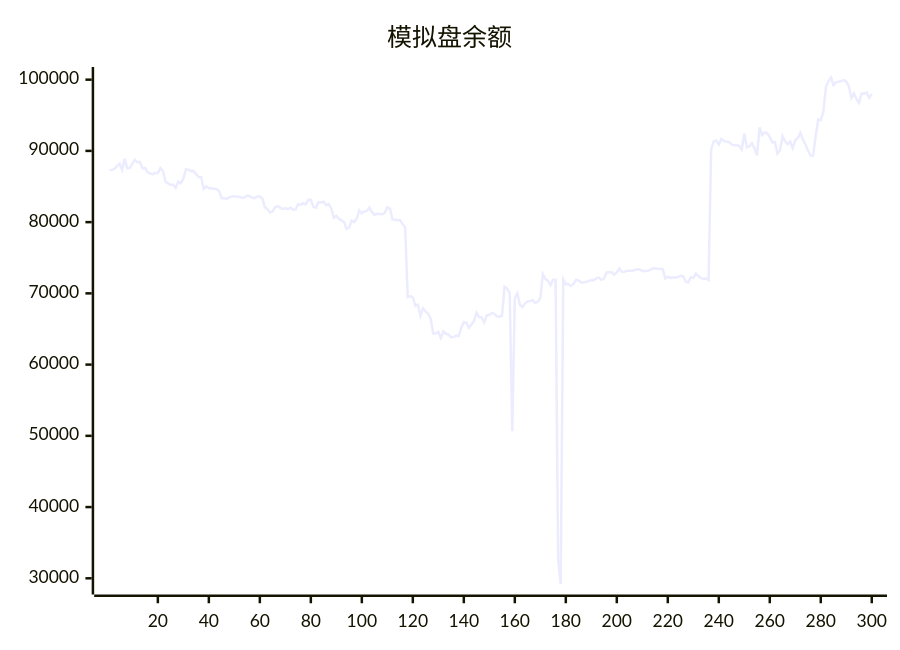
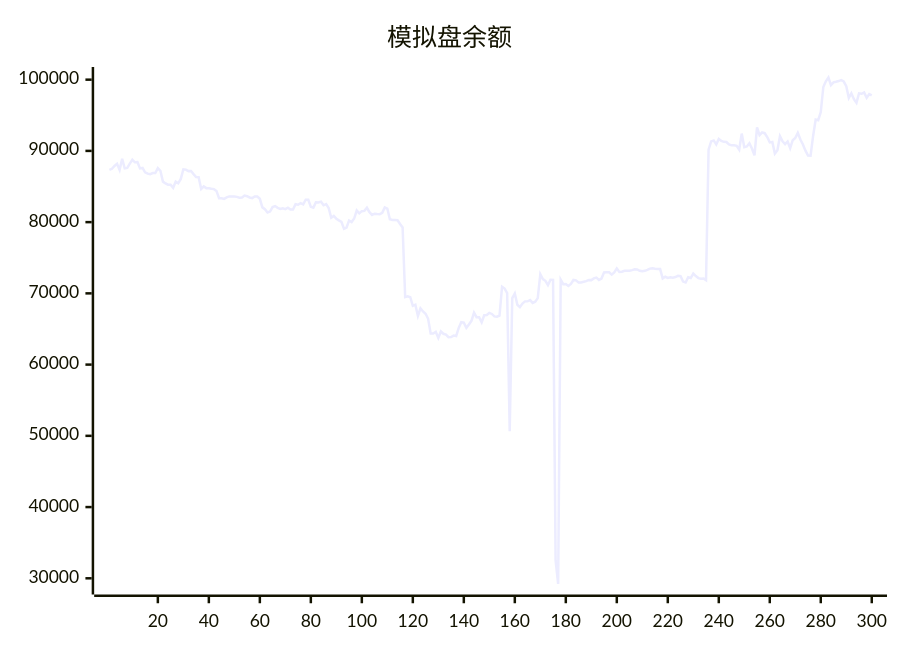
Before and after one commit to aahl/ai-trading: the diagram in README.md, drawn with Mermaid. The commit also changed other lines of this file and 1 other file, not shown here.

````diff
--- a/README.md
+++ b/README.md
@@ -5,5 +5,5 @@
 ```mermaid
 xychart
     title "模拟盘余额"
-    line [87264,87335,87483,87886,88180,87335,88894,87544,87608,88207,88755,88401,88444,87543,87608,87000,86810,86740,86894,86884,87576,87209,85686,85435,85251,85255,84820,85689,85453,86066,87420,87373,87161,87178,86740,86341,86315,84643,85012,84772,84768,84690,84635,84376,83360,83357,83259,83474,83608,83606,83602,83548,83440,83454,83724,83644,83464,83365,83590,83592,83275,82072,81806,81344,81492,82109,82254,82006,81848,81955,81829,82022,81769,81776,82522,82441,82656,82498,83144,83144,82150,82038,82797,82763,82872,82367,82536,81981,80612,80862,80484,80242,80034,79063,79245,80226,80016,80507,81625,81233,81544,81578,82016,81401,81019,81186,81130,81118,81306,82066,81909,80392,80304,80291,80258,79729,79261,69466,69579,69456,68251,68415,66832,67911,67462,67144,66432,64380,64375,64606,63740,64647,64324,64216,63842,63877,64078,64008,65156,65945,65888,65157,65625,66144,67284,66653,66639,65924,66925,66956,67263,67108,66766,66729,66886,70927,70673,70049,50652,69334,69973,68400,68061,68578,68876,68879,69055,68662,68822,69329,72687,71999,71760,71162,71911,71896,32500,29218,71927,71297,71305,71044,71337,71883,71822,71536,71536,71622,71723,71880,71860,72100,72216,71887,72077,72940,72976,72966,72638,72948,73497,73004,73041,73173,73160,73186,73258,73375,73351,73173,73098,73161,73305,73474,73536,73457,73413,73412,72100,72333,72164,72272,72204,72285,72461,72421,71652,71521,72267,72157,72774,72424,72144,72060,72091,71858,90185,91338,91466,90900,91678,91404,91268,91244,90903,90779,90787,90721,90187,92429,90518,90619,91070,90328,89376,93286,92202,92581,92485,91947,91196,91259,89619,90086,92063,91355,90950,91327,90373,91498,91800,92531,91603,90910,90031,89351,89334,92097,94406,94315,95455,98972,99763,100286,99229,99622,99701,99805,99938,99738,99082,97430,98094,97267,96741,98081,98013,98194,97447,97983]
+    line [87335,87483,87886,88180,87335,88894,87544,87608,88207,88755,88401,88444,87543,87608,87000,86810,86740,86894,86884,87576,87209,85686,85435,85251,85255,84820,85689,85453,86066,87420,87373,87161,87178,86740,86341,86315,84643,85012,84772,84768,84690,84635,84376,83360,83357,83259,83474,83608,83606,83602,83548,83440,83454,83724,83644,83464,83365,83590,83592,83275,82072,81806,81344,81492,82109,82254,82006,81848,81955,81829,82022,81769,81776,82522,82441,82656,82498,83144,83144,82150,82038,82797,82763,82872,82367,82536,81981,80612,80862,80484,80242,80034,79063,79245,80226,80016,80507,81625,81233,81544,81578,82016,81401,81019,81186,81130,81118,81306,82066,81909,80392,80304,80291,80258,79729,79261,69466,69579,69456,68251,68415,66832,67911,67462,67144,66432,64380,64375,64606,63740,64647,64324,64216,63842,63877,64078,64008,65156,65945,65888,65157,65625,66144,67284,66653,66639,65924,66925,66956,67263,67108,66766,66729,66886,70927,70673,70049,50652,69334,69973,68400,68061,68578,68876,68879,69055,68662,68822,69329,72687,71999,71760,71162,71911,71896,32500,29218,71927,71297,71305,71044,71337,71883,71822,71536,71536,71622,71723,71880,71860,72100,72216,71887,72077,72940,72976,72966,72638,72948,73497,73004,73041,73173,73160,73186,73258,73375,73351,73173,73098,73161,73305,73474,73536,73457,73413,73412,72100,72333,72164,72272,72204,72285,72461,72421,71652,71521,72267,72157,72774,72424,72144,72060,72091,71858,90185,91338,91466,90900,91678,91404,91268,91244,90903,90779,90787,90721,90187,92429,90518,90619,91070,90328,89376,93286,92202,92581,92485,91947,91196,91259,89619,90086,92063,91355,90950,91327,90373,91498,91800,92531,91603,90910,90031,89351,89334,92097,94406,94315,95455,98972,99763,100286,99229,99622,99701,99805,99938,99738,99082,97430,98094,97267,96741,98081,98013,98194,97447,97983,97789]
 ```
````
